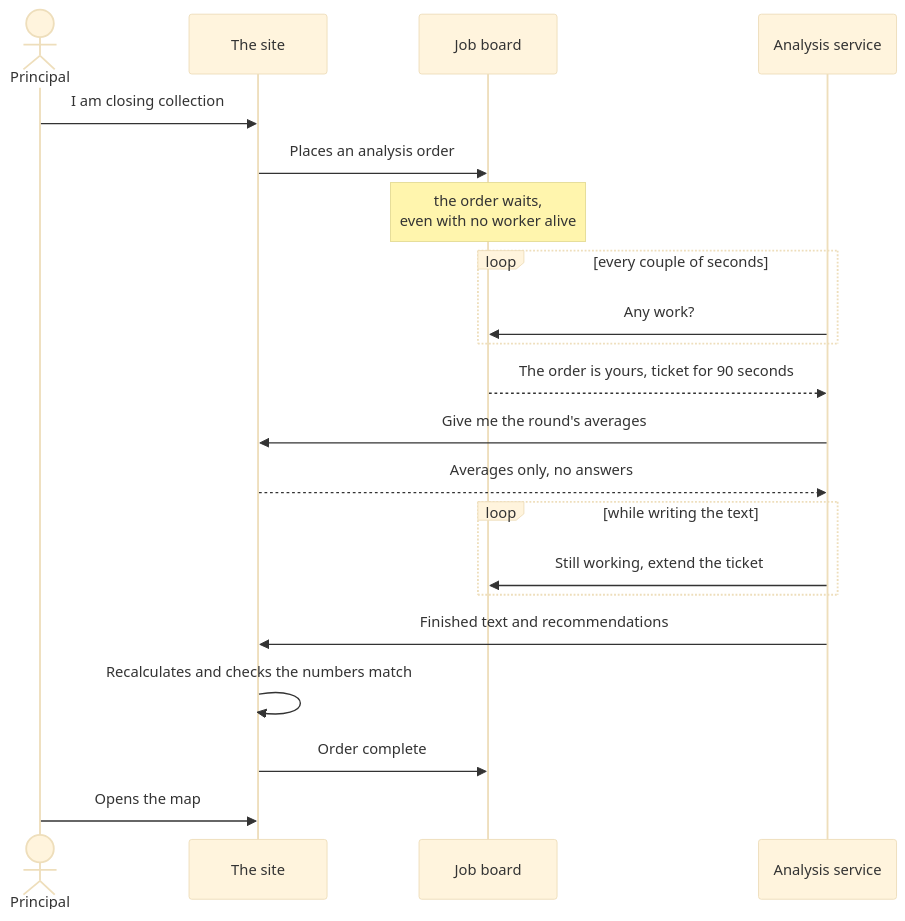
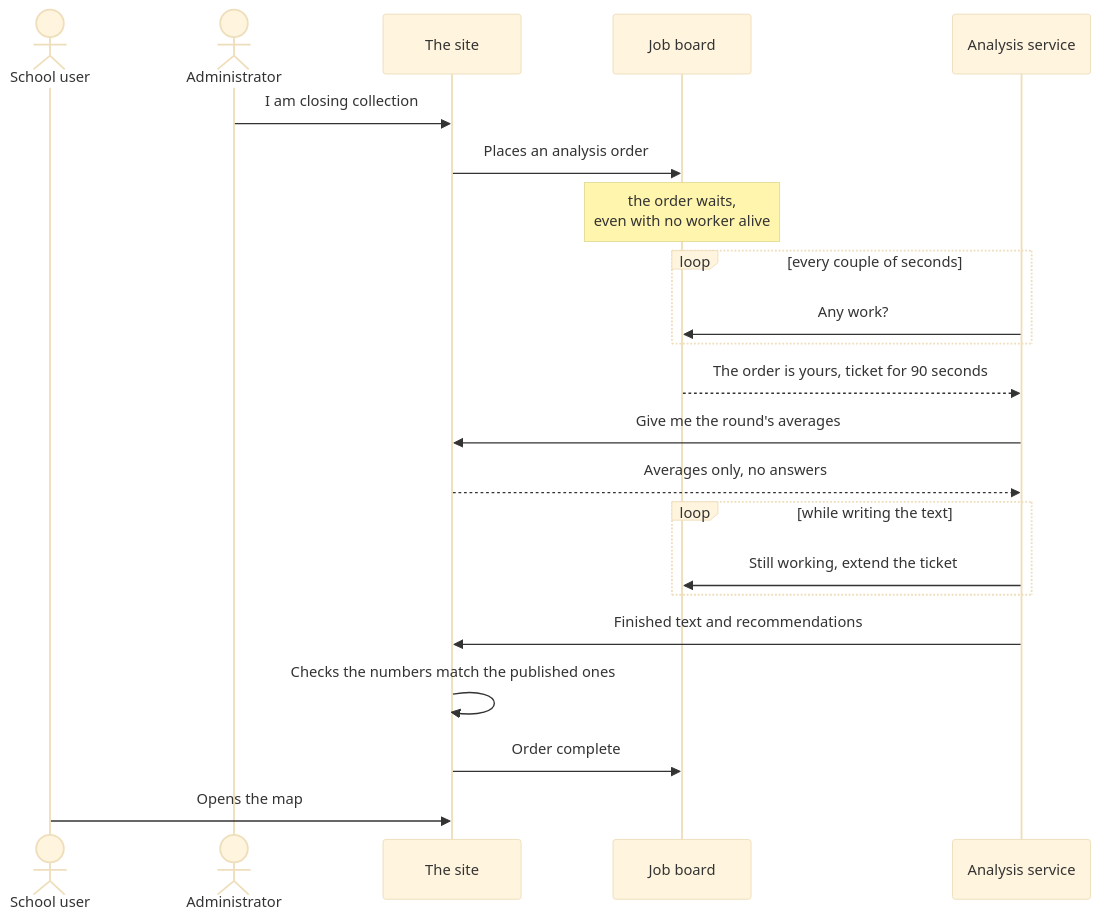
The fifth of 5 diagrams in docs/platform-handbook.md (shteynu/shalomut-map-demo), drawn with Mermaid (base theme) before and after one commit. The commit also changed other lines of this file and 4 other files, not shown here.

First line of the commit message:
docs(overview): the handbook and its Russian page name the school user and the administrator

````diff
--- a/docs/platform-handbook.md
+++ b/docs/platform-handbook.md
@@ -275,28 +289,29 @@
 ```mermaid
 sequenceDiagram
-    actor D as Principal
+    actor U as School user
+    actor A as Administrator
     participant S as The site
     participant B as Job board
     participant W as Analysis service
 
-    D->>S: I am closing collection
+    A->>S: I am closing collection
     S->>B: Places an analysis order
     Note over B: the order waits,<br/>even with no worker alive
 
     loop every couple of seconds
         W->>B: Any work?
     end
 
     B-->>W: The order is yours, ticket for 90 seconds
     W->>S: Give me the round's averages
     S-->>W: Averages only, no answers
 
     loop while writing the text
         W->>B: Still working, extend the ticket
     end
 
     W->>S: Finished text and recommendations
-    S->>S: Recalculates and checks the numbers match
+    S->>S: Checks the numbers match the published ones
     S->>B: Order complete
-    D->>S: Opens the map
+    U->>S: Opens the map
 ```
````
